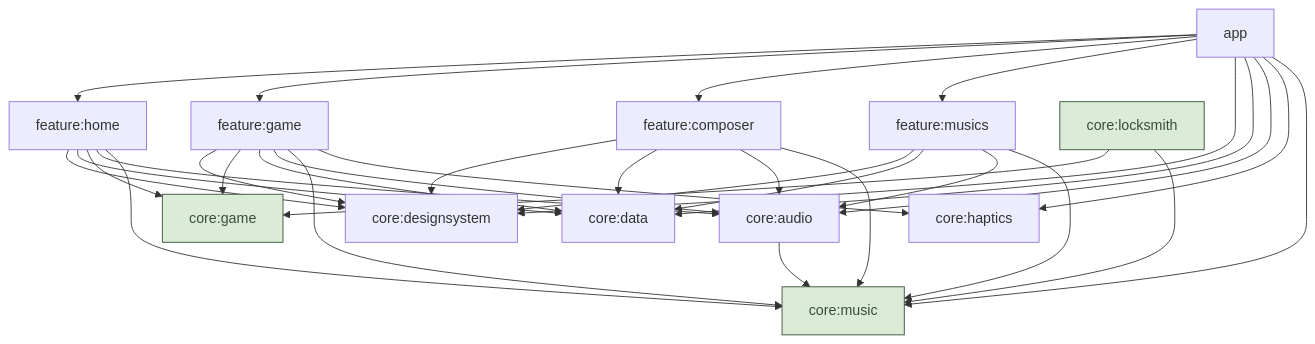
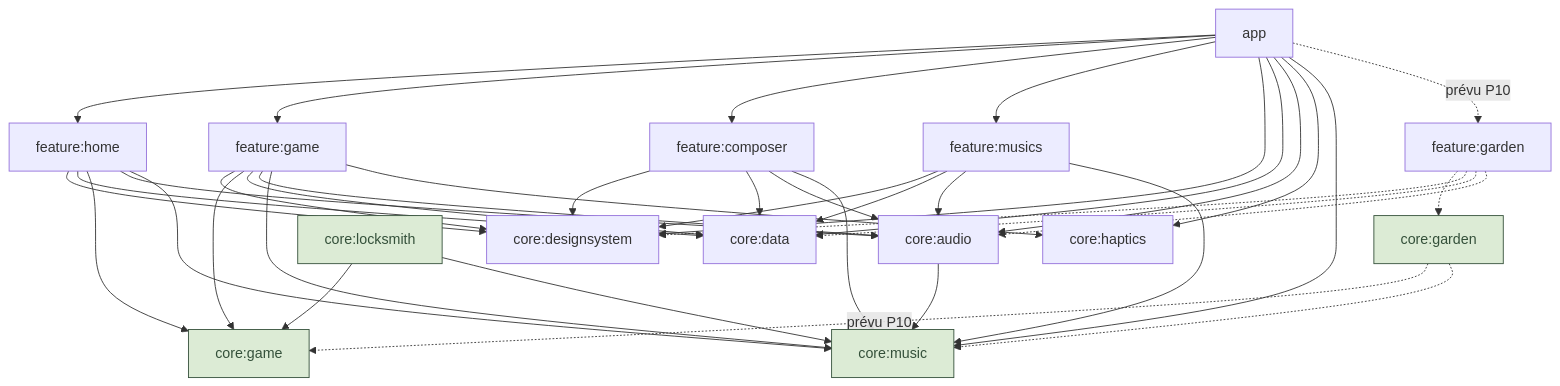
One commit to magori/blox changed the first of 2 diagrams in docs/architecture.md. Above: the diagram before and after it, drawn with Mermaid. The commit also changed other lines of this file and 17 other files, not shown here.

````diff
--- a/docs/architecture.md
+++ b/docs/architecture.md
@@ -11,43 +11,52 @@
 ```mermaid
 graph TD
     app --> featureHome[feature:home]
     app --> featureGame[feature:game]
     app --> featureComposer[feature:composer]
     app --> featureMusics[feature:musics]
     app --> designsystem[core:designsystem]
     app --> data[core:data]
     app --> audio[core:audio]
     app --> haptics[core:haptics]
     app --> music
 
     featureHome --> designsystem
     featureHome --> data
     featureHome --> game
     featureHome --> audio
     featureHome --> music
 
     featureGame --> designsystem
     featureGame --> game[core:game]
     featureGame --> data
     featureGame --> audio
     featureGame --> music
     featureGame --> haptics
 
     featureComposer --> designsystem
     featureComposer --> data
     featureComposer --> audio
     featureComposer --> music
 
     featureMusics --> designsystem
     featureMusics --> data
     featureMusics --> audio
     featureMusics --> music
 
     audio --> music[core:music]
 
     locksmith[core:locksmith] --> game
     locksmith --> music
 
+    garden[core:garden] -.->|prévu P10| game
+    garden -.-> music
+
+    app -.->|prévu P10| featureGarden[feature:garden]
+    featureGarden -.-> garden
+    featureGarden -.-> designsystem
+    featureGarden -.-> data
+    featureGarden -.-> audio
+
     classDef pure fill:#dcebd5,stroke:#34503a,color:#34503a
-    class game,music,locksmith pure
+    class game,music,locksmith,garden pure
 ```
````
